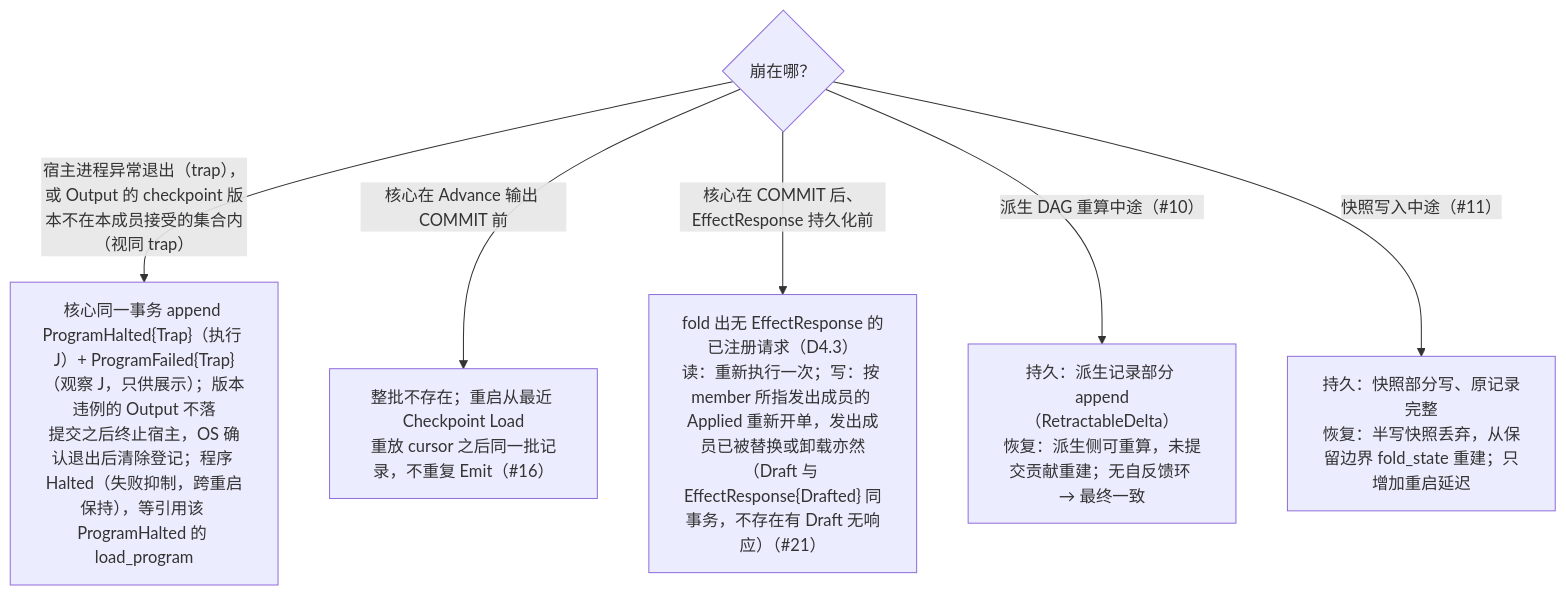
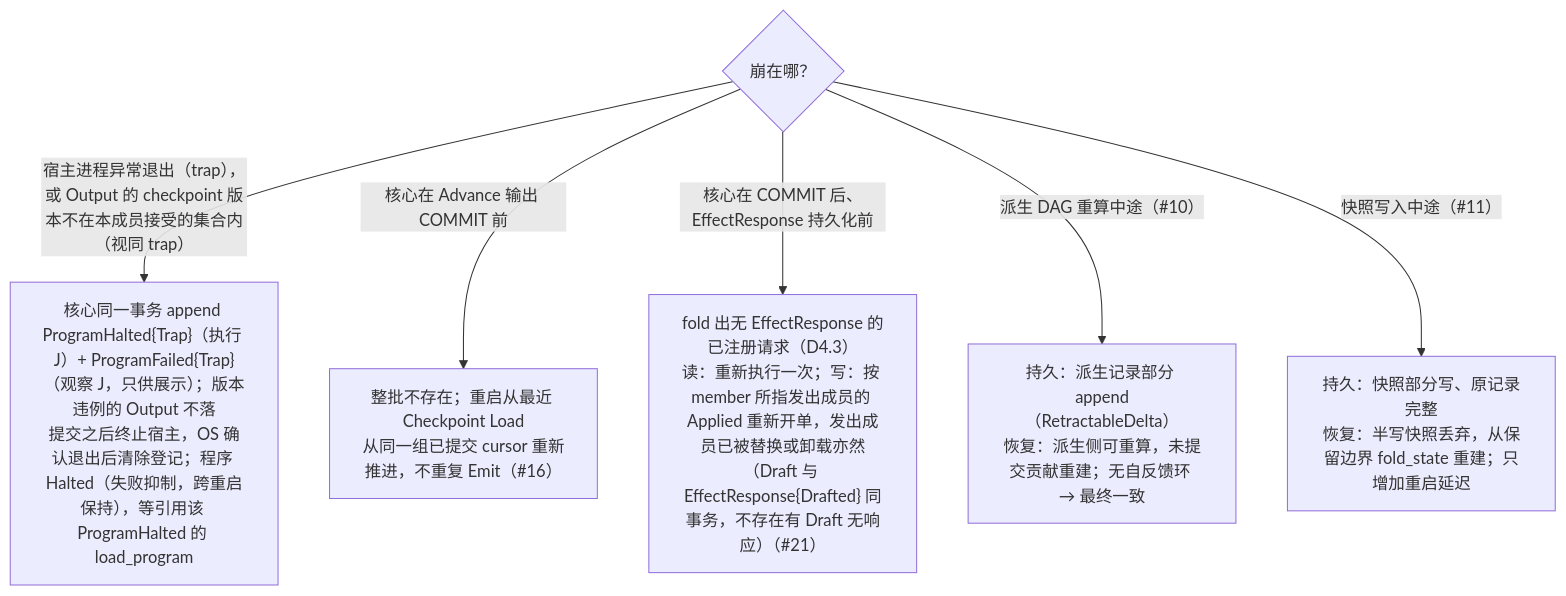
Before and after one commit to mouriya-s-lab/uta: the fourth of 4 diagrams in design/diagrams/07-crash-recovery.md, drawn with Mermaid. The commit also changed other lines of this file and 14 other files, not shown here.

````diff
--- a/design/diagrams/07-crash-recovery.md
+++ b/design/diagrams/07-crash-recovery.md
@@ -109,9 +109,9 @@
 ```mermaid
 flowchart TB
   Q{"崩在哪？"}
   Q -->|"宿主进程异常退出（trap），或 Output 的 checkpoint 版本不在本成员接受的集合内（视同 trap）"| T1["核心同一事务 append ProgramHalted{Trap}（执行 J）+ ProgramFailed{Trap}（观察 J，只供展示）；版本违例的 Output 不落<br/>提交之后终止宿主，OS 确认退出后清除登记；程序 Halted（失败抑制，跨重启保持），等引用该 ProgramHalted 的 load_program"]
-  Q -->|"核心在 Advance 输出 COMMIT 前"| T2["整批不存在；重启从最近 Checkpoint Load<br/>重放 cursor 之后同一批记录，不重复 Emit（#16）"]
+  Q -->|"核心在 Advance 输出 COMMIT 前"| T2["整批不存在；重启从最近 Checkpoint Load<br/>从同一组已提交 cursor 重新推进，不重复 Emit（#16）"]
   Q -->|"核心在 COMMIT 后、EffectResponse 持久化前"| T3["fold 出无 EffectResponse 的已注册请求（D4.3）<br/>读：重新执行一次；写：按 member 所指发出成员的 Applied 重新开单，发出成员已被替换或卸载亦然（Draft 与 EffectResponse{Drafted} 同事务，不存在有 Draft 无响应）（#21）"]
   Q -->|"派生 DAG 重算中途（#10）"| T5["持久：派生记录部分 append（RetractableDelta）<br/>恢复：派生侧可重算，未提交贡献重建；无自反馈环 → 最终一致"]
   Q -->|"快照写入中途（#11）"| T6["持久：快照部分写、原记录完整<br/>恢复：半写快照丢弃，从保留边界 fold_state 重建；只增加重启延迟"]
 ```
````
